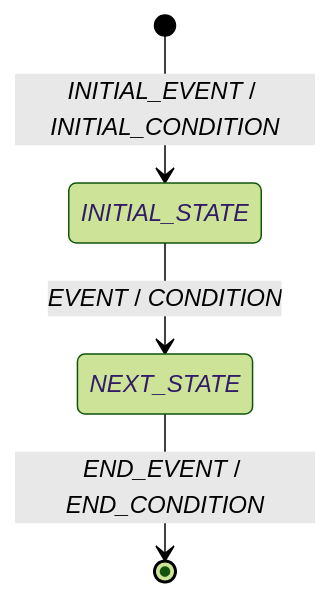
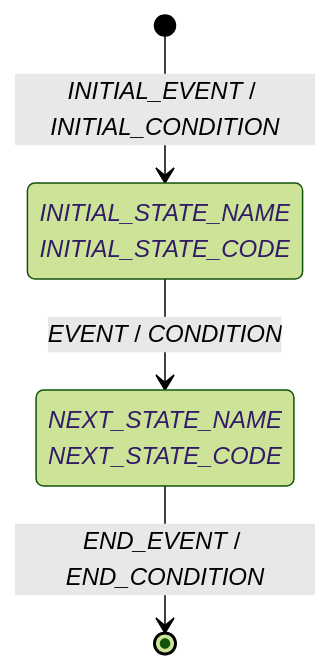
Before and after one commit to specdojo/specdojo: the diagram in docs/ja/specdojo/templates/stsd-template.md, drawn with Mermaid (forest theme). The commit also changed other lines of this file and 4 other files, not shown here.

Commit message:
exec(register PJR-YSST): stsd-template を新しい冒頭の章立てと図の表示名に合わせる

````diff
--- a/docs/ja/specdojo/templates/stsd-template.md
+++ b/docs/ja/specdojo/templates/stsd-template.md
@@ -32,6 +43,8 @@
 ```mermaid
 stateDiagram-v2
-  [*] --> _INITIAL_STATE_ : _INITIAL_EVENT_ / _INITIAL_CONDITION_
-  _INITIAL_STATE_ --> _NEXT_STATE_ : _EVENT_ / _CONDITION_
-  _NEXT_STATE_ --> [*] : _END_EVENT_ / _END_CONDITION_
+  state "_INITIAL_STATE_NAME_<br>_INITIAL_STATE_CODE_" as initial_state
+  state "_NEXT_STATE_NAME_<br>_NEXT_STATE_CODE_" as next_state
+  [*] --> initial_state : _INITIAL_EVENT_ / _INITIAL_CONDITION_
+  initial_state --> next_state : _EVENT_ / _CONDITION_
+  next_state --> [*] : _END_EVENT_ / _END_CONDITION_
 ```
````
